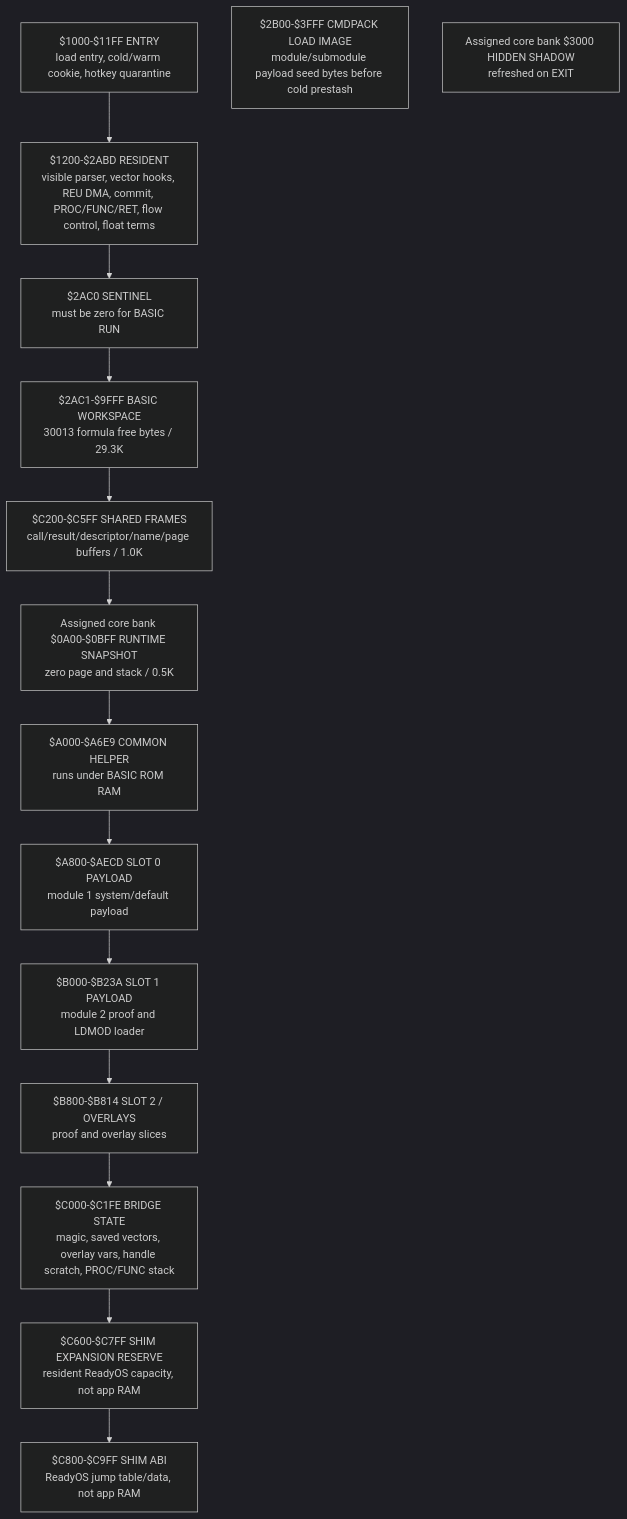
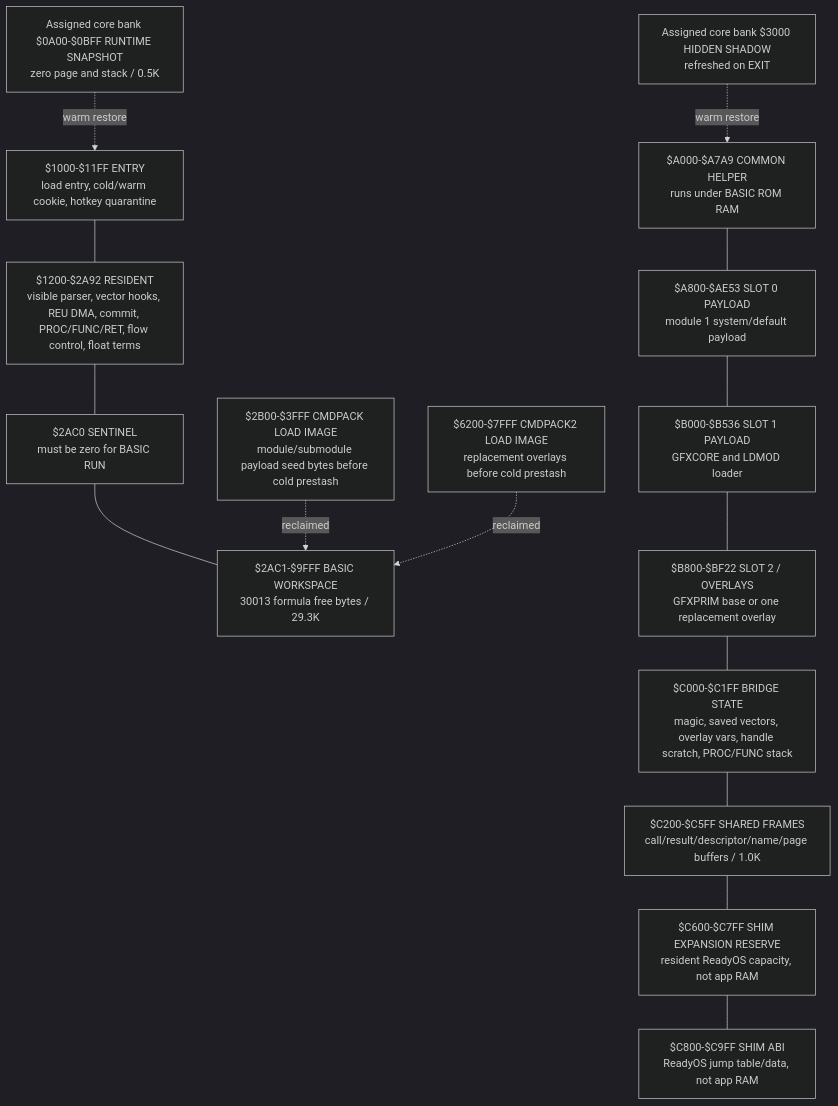
Before and after one commit to ReadyOS-C64/ReadyOs: the first of 7 diagrams in src/apps/readybasic/READYBASIC_LIFECYCLE_AND_REU_ARCHITECTURE.md, drawn with Mermaid (dark theme). The commit also changed other lines of this file and 31 other files, not shown here.

````diff
--- a/src/apps/readybasic/READYBASIC_LIFECYCLE_AND_REU_ARCHITECTURE.md
+++ b/src/apps/readybasic/READYBASIC_LIFECYCLE_AND_REU_ARCHITECTURE.md
@@ -183,21 +173,26 @@
 ```mermaid
 flowchart TB
   A["$1000-$11FF ENTRY<br/>load entry, cold/warm cookie, hotkey quarantine"]
-  B["$1200-$2ABD RESIDENT<br/>visible parser, vector hooks, REU DMA, commit, PROC/FUNC/RET, flow control, float terms"]
+  B["$1200-$2A92 RESIDENT<br/>visible parser, vector hooks, REU DMA, commit, PROC/FUNC/RET, flow control, float terms"]
   C["$2AC0 SENTINEL<br/>must be zero for BASIC RUN"]
   D["$2AC1-$9FFF BASIC WORKSPACE<br/>30013 formula free bytes / 29.3K"]
   E["$2B00-$3FFF CMDPACK LOAD IMAGE<br/>module/submodule payload seed bytes before cold prestash"]
   F["Assigned core bank $0A00-$0BFF RUNTIME SNAPSHOT<br/>zero page and stack / 0.5K"]
+  Q["$6200-$7FFF CMDPACK2 LOAD IMAGE<br/>replacement overlays before cold prestash"]
   G["$C200-$C5FF SHARED FRAMES<br/>call/result/descriptor/name/page buffers / 1.0K"]
   I["Assigned core bank $3000 HIDDEN SHADOW<br/>refreshed on EXIT"]
-  J["$A000-$A6E9 COMMON HELPER<br/>runs under BASIC ROM RAM"]
-  K["$A800-$AECD SLOT 0 PAYLOAD<br/>module 1 system/default payload"]
-  O["$B000-$B23A SLOT 1 PAYLOAD<br/>module 2 proof and LDMOD loader"]
-  P["$B800-$B814 SLOT 2 / OVERLAYS<br/>proof and overlay slices"]
-  L["$C000-$C1FE BRIDGE STATE<br/>magic, saved vectors, overlay vars, handle scratch, PROC/FUNC stack"]
+  J["$A000-$A7A9 COMMON HELPER<br/>runs under BASIC ROM RAM"]
+  K["$A800-$AE53 SLOT 0 PAYLOAD<br/>module 1 system/default payload"]
+  O["$B000-$B536 SLOT 1 PAYLOAD<br/>GFXCORE and LDMOD loader"]
+  P["$B800-$BF22 SLOT 2 / OVERLAYS<br/>GFXPRIM base or one replacement overlay"]
+  L["$C000-$C1FF BRIDGE STATE<br/>magic, saved vectors, overlay vars, handle scratch, PROC/FUNC stack"]
   M["$C600-$C7FF SHIM EXPANSION RESERVE<br/>resident ReadyOS capacity, not app RAM"]
   N["$C800-$C9FF SHIM ABI<br/>ReadyOS jump table/data, not app RAM"]
 
-  A --> B --> C --> D --> G
-  G --> F --> J --> K --> O --> P --> L --> M --> N
+  A --- B --- C --- D
+  E -. reclaimed .-> D
+  Q -. reclaimed .-> D
+  I -. warm restore .-> J
+  J --- K --- O --- P --- L --- G --- M --- N
+  F -. warm restore .-> A
 ```
````
